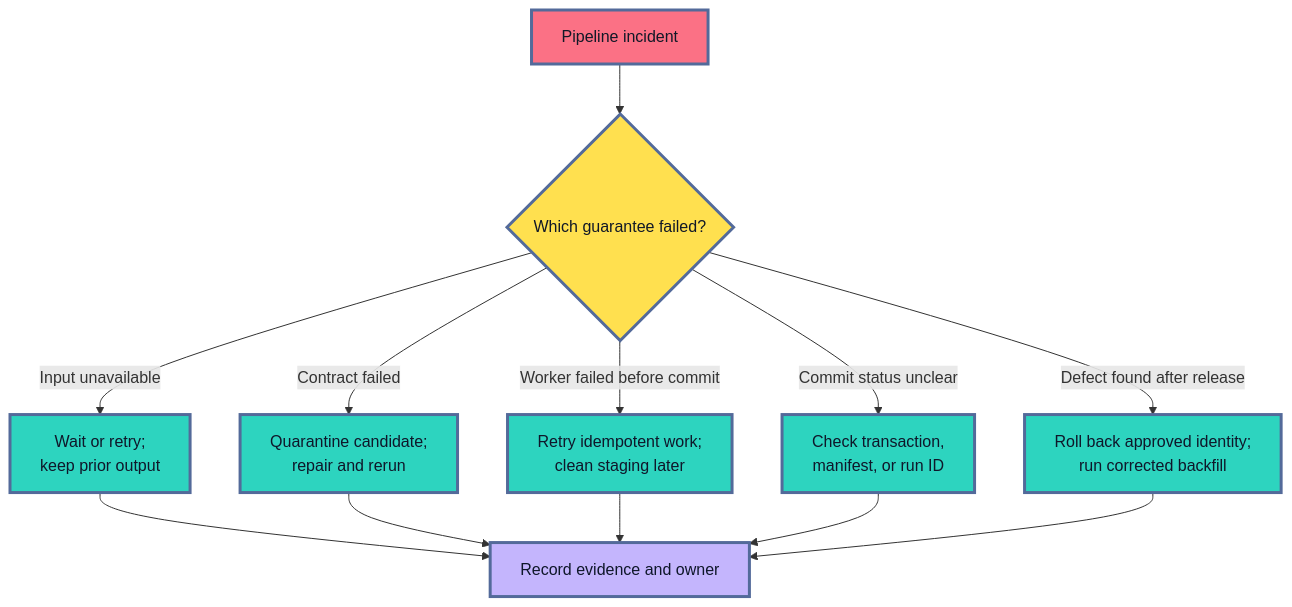
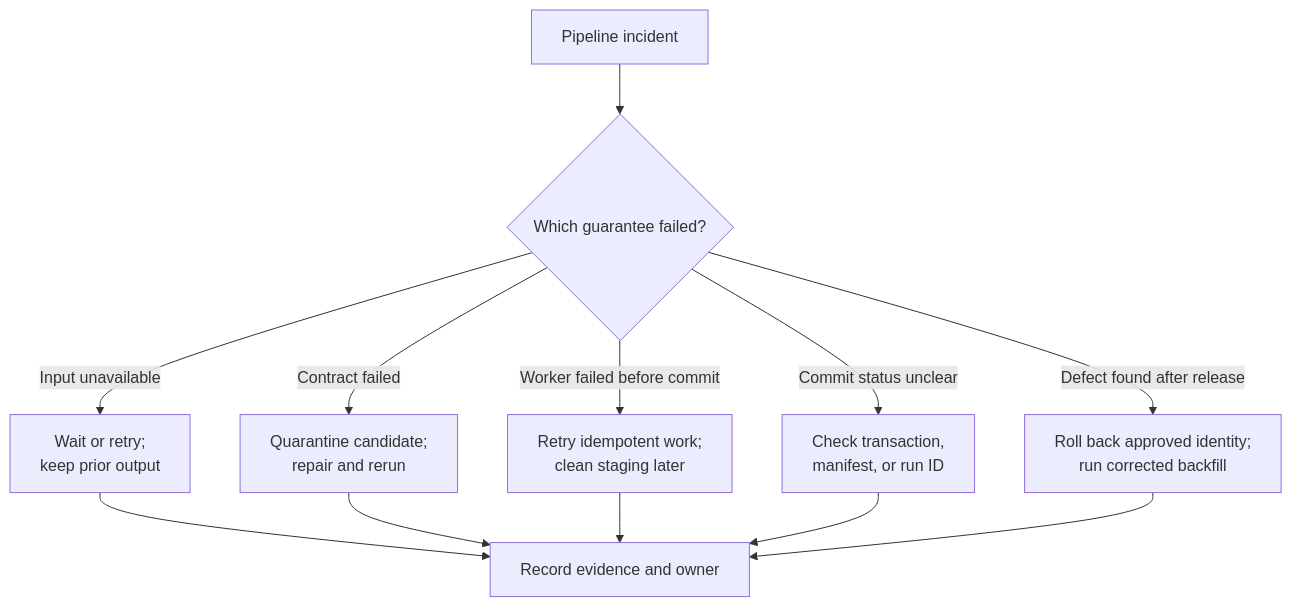
The eighth of 9 diagrams in roadmaps/mlops/modules/data-for-ml-systems/data-pipelines/01-repeatable-data-pipelines.md (senlinyy/dev-roadmaps), drawn with Mermaid before and after one commit. The commit also changed other lines of this file and 152 other files, not shown here.

Commit message:
feat: mlops and diagrams updated

````diff
--- a/roadmaps/mlops/modules/data-for-ml-systems/data-pipelines/01-repeatable-data-pipelines.md
+++ b/roadmaps/mlops/modules/data-for-ml-systems/data-pipelines/01-repeatable-data-pipelines.md
@@ -490,23 +469,19 @@
 ```mermaid
 flowchart TD
     A["Pipeline incident"] --> B{"Which guarantee failed?"}
     B -->|"Input unavailable"| C["Wait or retry;<br/>keep prior output"]
     B -->|"Contract failed"| D["Quarantine candidate;<br/>repair and rerun"]
     B -->|"Worker failed before commit"| E["Retry idempotent work;<br/>clean staging later"]
     B -->|"Commit status unclear"| F["Check transaction,<br/>manifest, or run ID"]
     B -->|"Defect found after release"| G["Roll back approved identity;<br/>run corrected backfill"]
     C --> H["Record evidence and owner"]
     D --> H
     E --> H
     F --> H
     G --> H
 
-    classDef incident fill:#FB7185,stroke:#536A9A,stroke-width:3px,color:#111827
-    classDef question fill:#FFE04F,stroke:#536A9A,stroke-width:3px,color:#111827
-    classDef action fill:#2DD4BF,stroke:#536A9A,stroke-width:3px,color:#0F172A
-    classDef evidence fill:#C4B5FD,stroke:#536A9A,stroke-width:3px,color:#0F172A
     class A incident
     class B question
     class C,D,E,F,G action
     class H evidence
 ```
````
